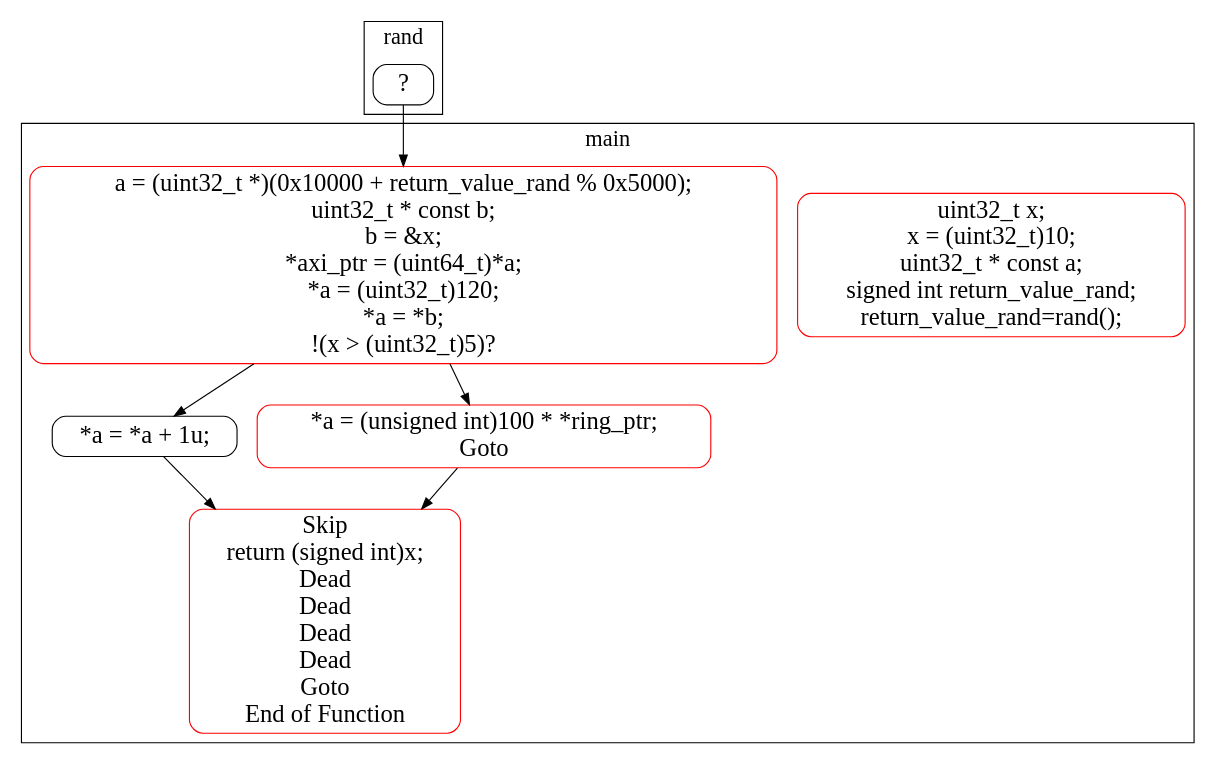
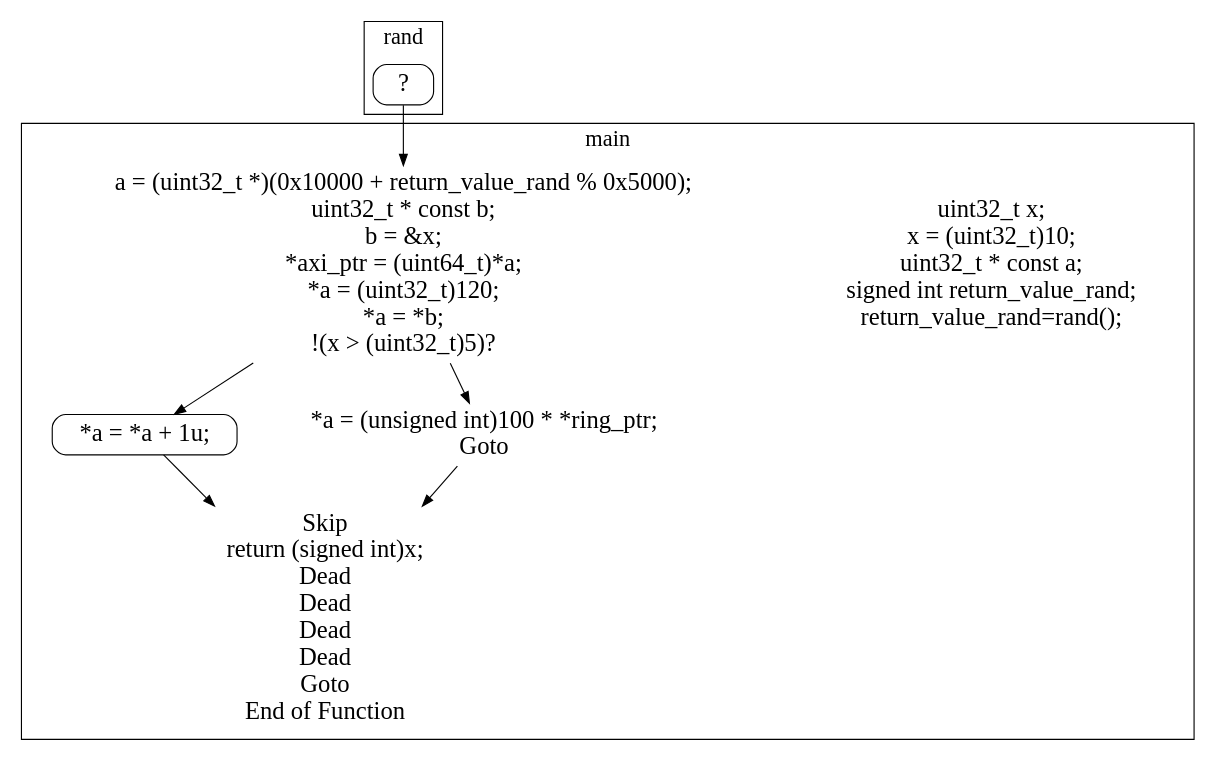
The diagram in output/unknownaddresses-cfg-goto/unknownaddresses-cfg-goto_updated2.dot (meysamkhazaee/dot_parser), drawn with Graphviz before and after one commit. The commit also changed 41 other files, not shown here.

```diff
--- a/output/unknownaddresses-cfg-goto/unknownaddresses-cfg-goto_updated2.dot
+++ b/output/unknownaddresses-cfg-goto/unknownaddresses-cfg-goto_updated2.dot
@@ -1,28 +1,28 @@
 digraph G {
 color=black;
 orientation=portrait;
 fontsize=20;
 compound=true;
 size="30,40";
 ratio=compress;
 subgraph "cluster_main" {
 label="main";
 Node_0_14 [shape=Mrecord, fontsize=22, label="*a = *a + 1u;"];
-Node_0_0_Node_0_1_Node_0_2_Node_0_3_Node_0_4 [label="uint32_t x;\nx = (uint32_t)10;\nuint32_t * const a;\nsigned int return_value_rand;\nreturn_value_rand=rand();", shape=Mrecord, fontsize=22, color=red];
-Node_0_5_Node_0_6_Node_0_7_Node_0_8_Node_0_9_Node_0_10_Node_0_11 [label="a = (uint32_t *)(0x10000 + return_value_rand % 0x5000);\nuint32_t * const b;\nb = &x;\n*axi_ptr = (uint64_t)*a;\n*a = (uint32_t)120;\n*a = *b;\n!(x \> (uint32_t)5)?", shape=Mrecord, fontsize=22, color=red];
-Node_0_12_Node_0_13 [label="*a = (unsigned int)100 * *ring_ptr;\nGoto", shape=Mrecord, fontsize=22, color=red];
-Node_0_15_Node_0_16_Node_0_17_Node_0_18_Node_0_19_Node_0_20_Node_0_21_Node_0_22 [label="Skip\nreturn (signed int)x;\nDead\nDead\nDead\nDead\nGoto\nEnd of Function", shape=Mrecord, fontsize=22, color=red];
+Node_0_0_Node_0_1_Node_0_2_Node_0_3_Node_0_4 [label="uint32_t x;\nx = (uint32_t)10;\nuint32_t * const a;\nsigned int return_value_rand;\nreturn_value_rand=rand();", shape=plaintext, fontsize=22, color=red];
+Node_0_5_Node_0_6_Node_0_7_Node_0_8_Node_0_9_Node_0_10_Node_0_11 [label="a = (uint32_t *)(0x10000 + return_value_rand % 0x5000);\nuint32_t * const b;\nb = &x;\n*axi_ptr = (uint64_t)*a;\n*a = (uint32_t)120;\n*a = *b;\n!(x \> (uint32_t)5)?", shape=plaintext, fontsize=22, color=red];
+Node_0_12_Node_0_13 [label="*a = (unsigned int)100 * *ring_ptr;\nGoto", shape=plaintext, fontsize=22, color=red];
+Node_0_15_Node_0_16_Node_0_17_Node_0_18_Node_0_19_Node_0_20_Node_0_21_Node_0_22 [label="Skip\nreturn (signed int)x;\nDead\nDead\nDead\nDead\nGoto\nEnd of Function", shape=plaintext, fontsize=22, color=red];
 }
 
 subgraph "cluster_rand" {
 rank=sink;
 label="rand";
 Node_1_0 [shape=Mrecord, fontsize=22, label="?"];
 }
 
 Node_0_5_Node_0_6_Node_0_7_Node_0_8_Node_0_9_Node_0_10_Node_0_11 -> Node_0_14;
 Node_1_0 -> Node_0_5_Node_0_6_Node_0_7_Node_0_8_Node_0_9_Node_0_10_Node_0_11;
 Node_0_5_Node_0_6_Node_0_7_Node_0_8_Node_0_9_Node_0_10_Node_0_11 -> Node_0_12_Node_0_13;
 Node_0_12_Node_0_13 -> Node_0_15_Node_0_16_Node_0_17_Node_0_18_Node_0_19_Node_0_20_Node_0_21_Node_0_22;
 Node_0_14 -> Node_0_15_Node_0_16_Node_0_17_Node_0_18_Node_0_19_Node_0_20_Node_0_21_Node_0_22;
 }
```
